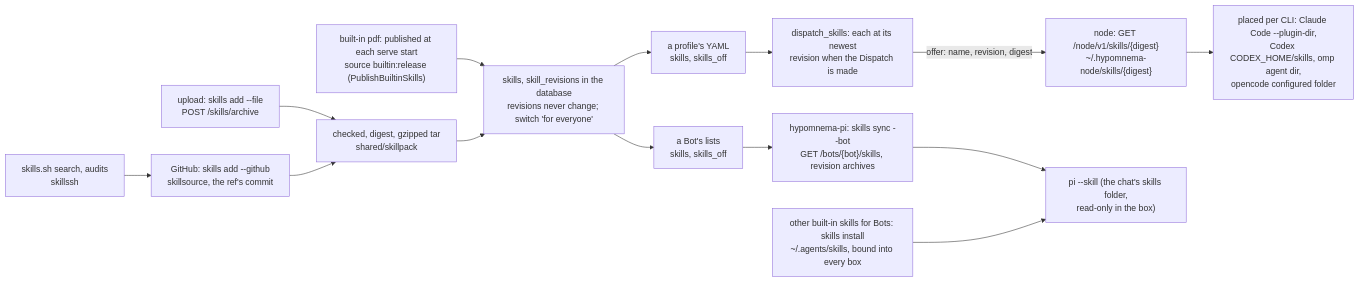
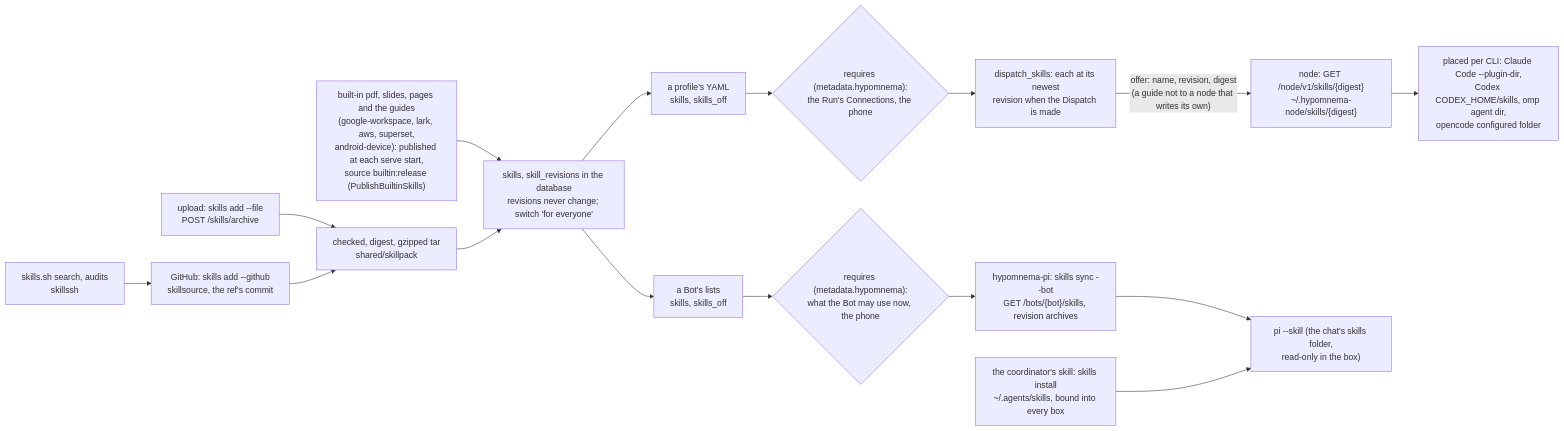
Before and after one commit to kl3inIT/hypomnema: the fourth of 6 diagrams in ARCHITECTURE.md, drawn with Mermaid. The commit also changed other lines of this file and 46 other files, not shown here.

First line of the commit message:
feat(skills): Integration guides through the skills store, by Connection (#536)

````diff
--- a/ARCHITECTURE.md
+++ b/ARCHITECTURE.md
@@ -999,28 +998,30 @@
 ```mermaid
 flowchart LR
     UP["upload: skills add --file<br/>POST /skills/archive"]
     SSH["skills.sh search, audits<br/>skillssh"]
     GH["GitHub: skills add --github<br/>skillsource, the ref's commit"]
     PK["checked, digest, gzipped tar<br/>shared/skillpack"]
     ST["skills, skill_revisions in the database<br/>revisions never change; switch 'for everyone'"]
     PR["a profile's YAML<br/>skills, skills_off"]
     BL["a Bot's lists<br/>skills, skills_off"]
+    RW{"requires (metadata.hypomnema):<br/>the Run's Connections, the phone"}
+    RB{"requires (metadata.hypomnema):<br/>what the Bot may use now, the phone"}
     DS["dispatch_skills: each at its newest<br/>revision when the Dispatch is made"]
     NF["node: GET /node/v1/skills/{digest}<br/>~/.hypomnema-node/skills/{digest}"]
     PL["placed per CLI: Claude Code --plugin-dir,<br/>Codex CODEX_HOME/skills, omp agent dir,<br/>opencode configured folder"]
     SY["hypomnema-pi: skills sync --bot<br/>GET /bots/{bot}/skills, revision archives"]
     PI["pi --skill (the chat's skills folder,<br/>read-only in the box)"]
-    BS["built-in pdf: published at each serve start<br/>source builtin:release (PublishBuiltinSkills)"]
-    BI["other built-in skills for Bots: skills install<br/>~/.agents/skills, bound into every box"]
+    BS["built-in pdf, slides, pages and the guides<br/>(google-workspace, lark, aws, superset,<br/>android-device): published at each serve start,<br/>source builtin:release (PublishBuiltinSkills)"]
+    BI["the coordinator's skill: skills install<br/>~/.agents/skills, bound into every box"]
 
     UP --> PK
     SSH --> GH --> PK
     BS --> ST
     PK --> ST
     ST --> PR
     ST --> BL
-    PR --> DS
-    DS -- "offer: name, revision, digest" --> NF --> PL
-    BL --> SY --> PI
+    PR --> RW --> DS
+    DS -- "offer: name, revision, digest<br/>(a guide not to a node that writes its own)" --> NF --> PL
+    BL --> RB --> SY --> PI
     BI --> PI
 ```
````
